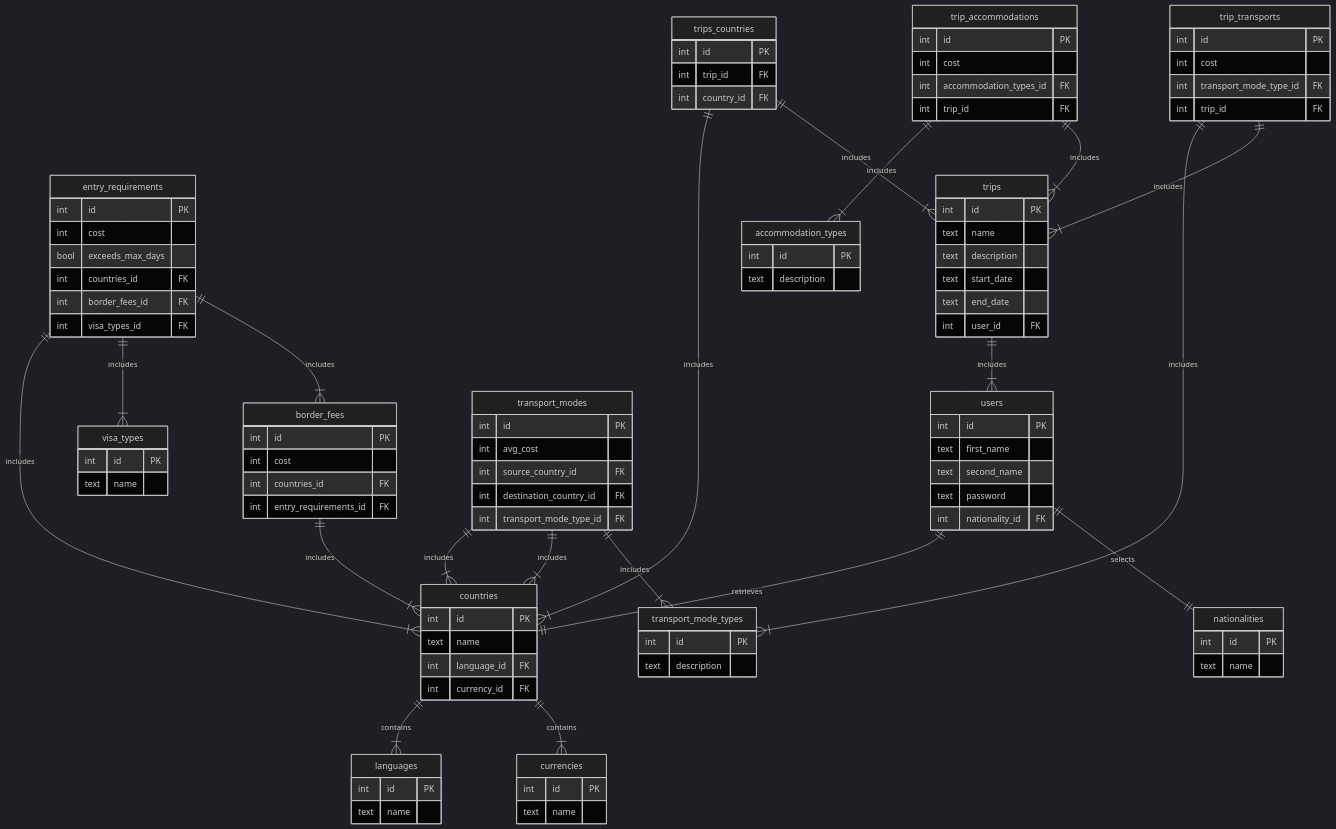
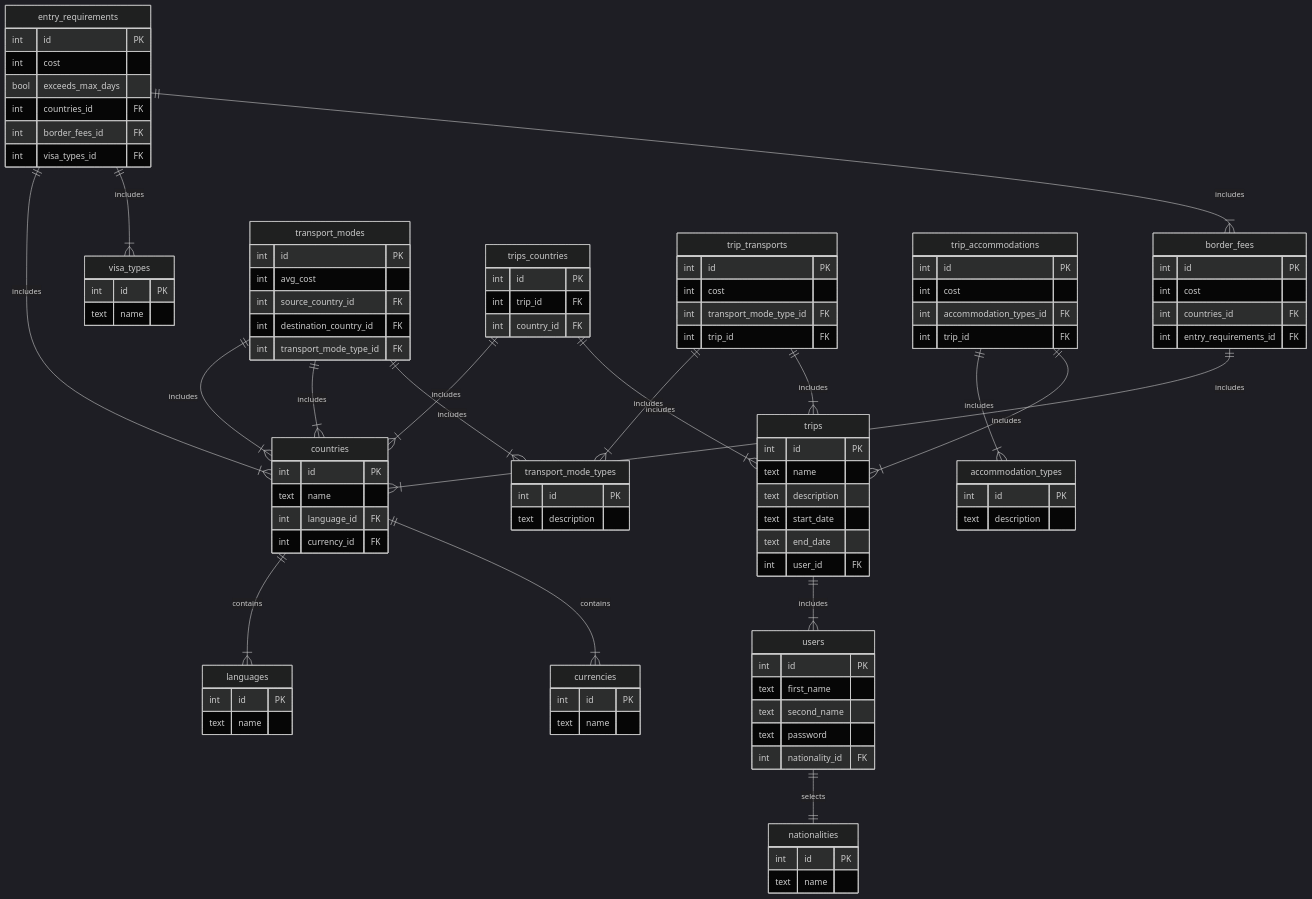
Before and after one commit to kevinmcdUno/kevinmcd94: the second of 2 diagrams in README.md, drawn with Mermaid. The commit also changed other lines of this file and 2 other files, not shown here.

Commit message:
Update Readme and schema migrations

````diff
--- a/README.md
+++ b/README.md
@@ -40,7 +102,6 @@
 ```mermaid
 %%{init: {'theme':'dark'}}%%
 erDiagram
-    users ||--|| countries : retrieves
     users {
         int id PK
         text first_name
````
